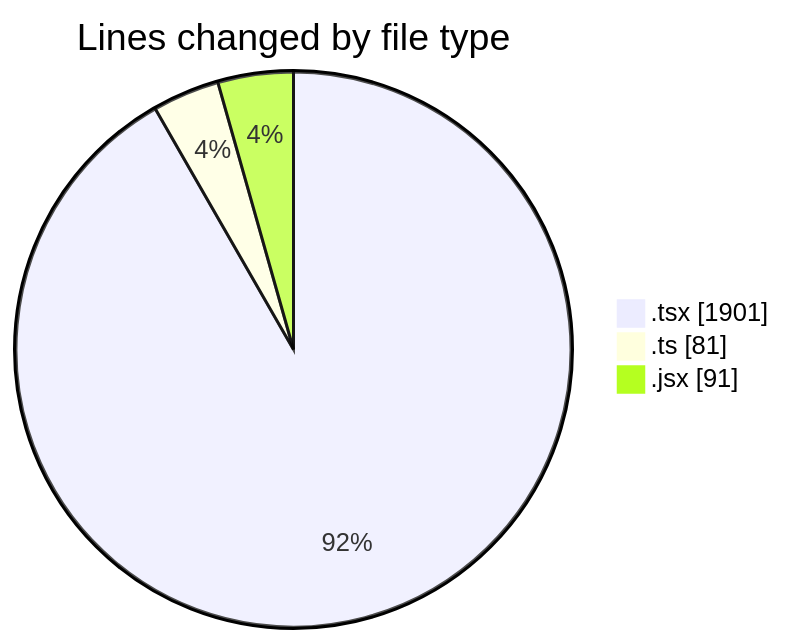
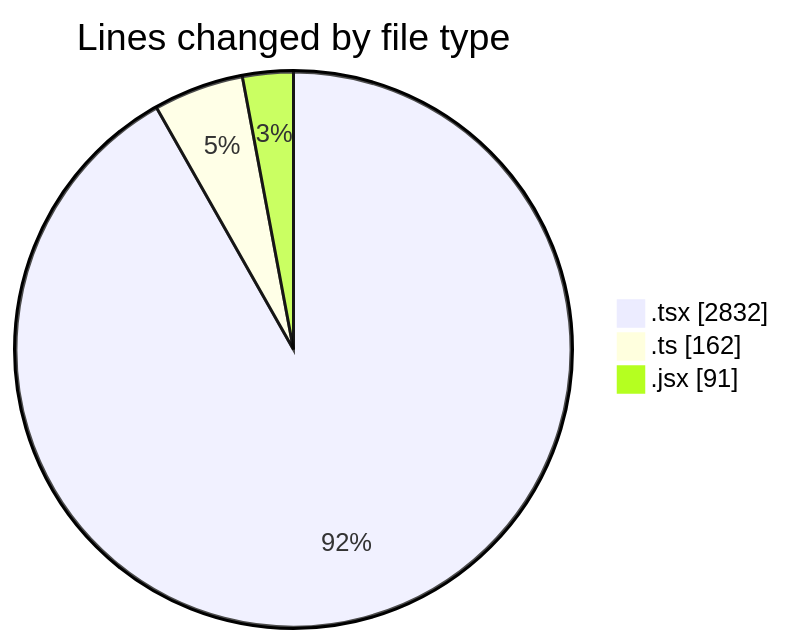
One commit to momahboobian/code-tracking changed the first of 2 diagrams in 2026-04-27/cda/README.md. Above: the diagram before and after it, drawn with Mermaid. The commit also changed other lines of this file and 1 other file, not shown here.

````diff
--- a/2026-04-27/cda/README.md
+++ b/2026-04-27/cda/README.md
@@ -31,7 +31,7 @@
 ```mermaid
 pie showData
 title Lines changed by file type
-".tsx" : 1901
-".ts" : 81
+".tsx" : 2832
+".ts" : 162
 ".jsx" : 91
 ```
````
